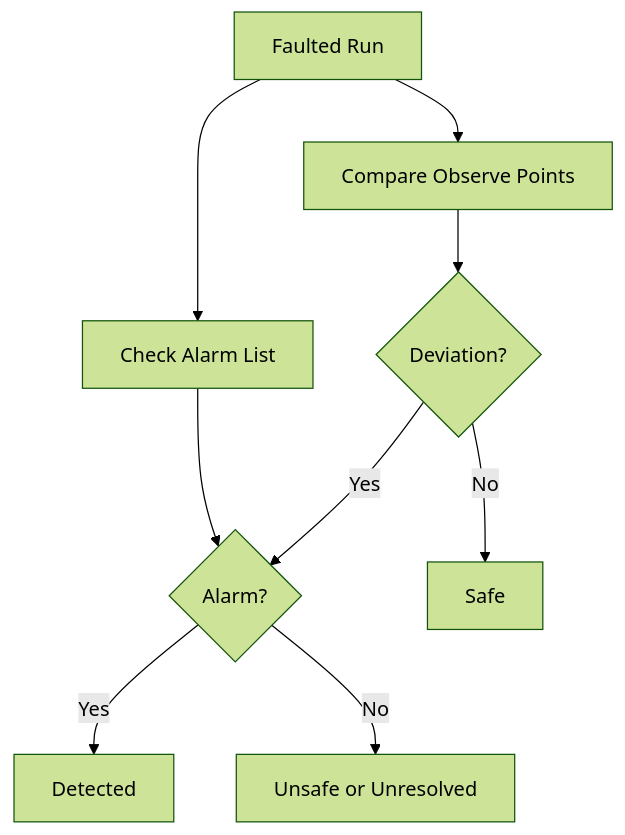
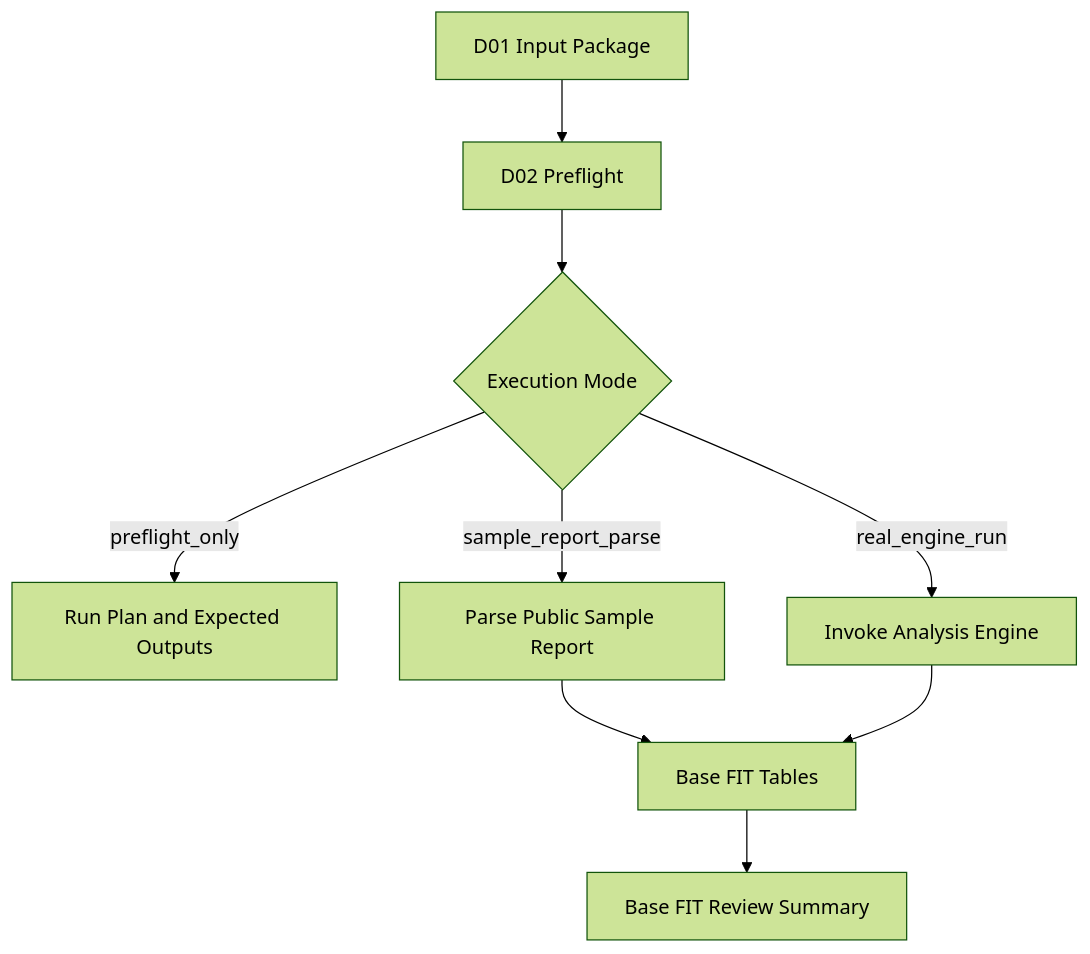
One commit to qiqixixi1001/automotive-safeic-practice changed the fourth of 6 diagrams in articles/02_automotive_safeic_practice_d02_github_en_generic.md. Above: the diagram before and after it, drawn with Mermaid (forest theme). The commit also changed other lines of this file, not shown here.

````diff
--- a/articles/02_automotive_safeic_practice_d02_github_en_generic.md
+++ b/articles/02_automotive_safeic_practice_d02_github_en_generic.md
@@ -634,11 +423,11 @@
 ```mermaid
 flowchart TD
-    A[Faulted Run] --> B[Compare Observe Points]
-    A --> C[Check Alarm List]
-    B --> D{Deviation?}
-    C --> E{Alarm?}
-    D -- No --> F[Safe]
-    D -- Yes --> E
-    E -- Yes --> G[Detected]
-    E -- No --> H[Unsafe or Unresolved]
+    A[D01 Input Package] --> B[D02 Preflight]
+    B --> C{Execution Mode}
+    C -- preflight_only --> D[Run Plan and Expected Outputs]
+    C -- sample_report_parse --> E[Parse Public Sample Report]
+    C -- real_engine_run --> F[Invoke Analysis Engine]
+    E --> G[Base FIT Tables]
+    F --> G
+    G --> H[Base FIT Review Summary]
 ```
````
